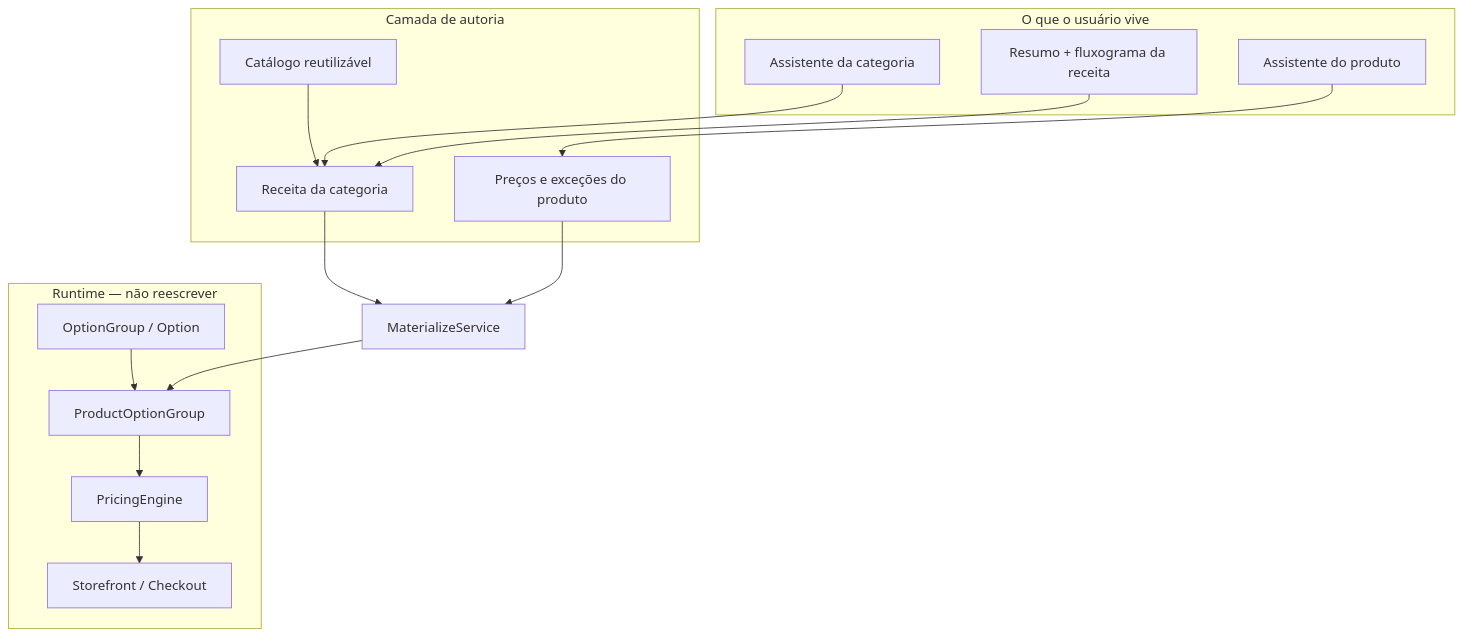
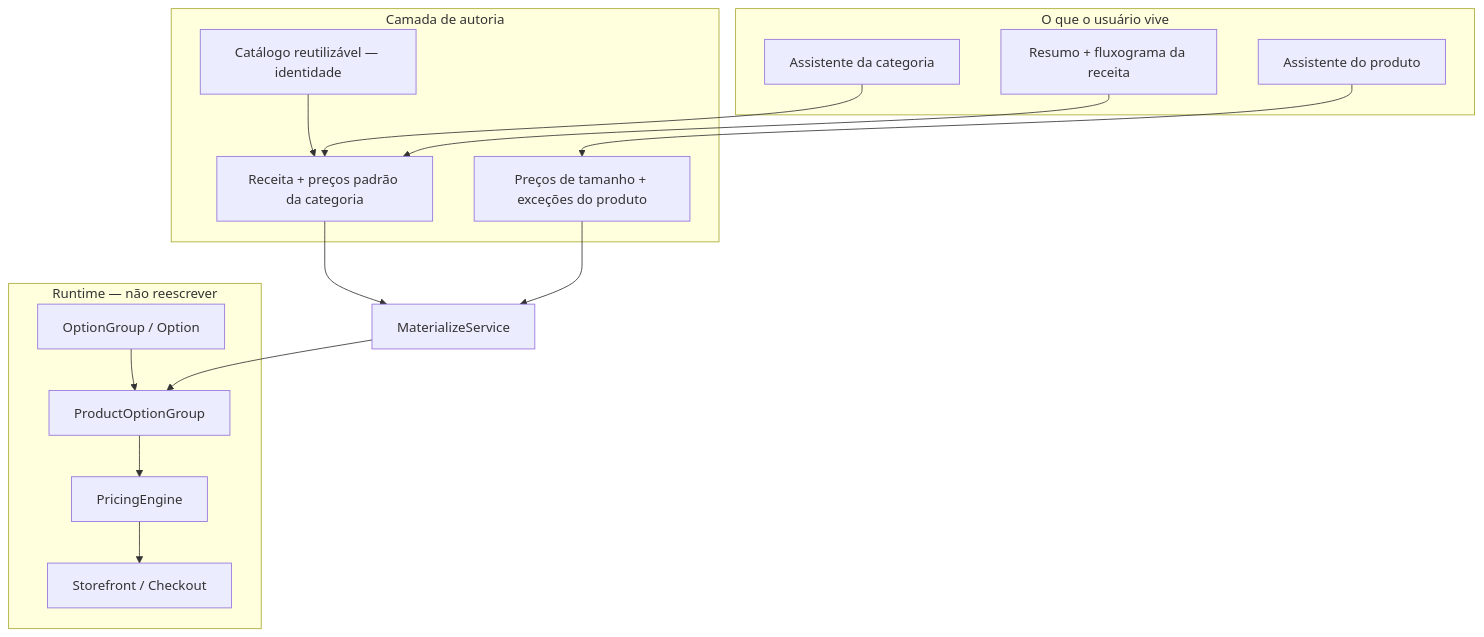
Before and after one commit to duillo06/vendas_frontend: the diagram in docs/17-modelo-categoria-produto.md, drawn with Mermaid. The commit also changed other lines of this file and 8 other files, not shown here.

First line of the commit message:
feat(catalog): Fase 5 — preços na categoria e herança no produto

````diff
--- a/docs/17-modelo-categoria-produto.md
+++ b/docs/17-modelo-categoria-produto.md
@@ -61,31 +133,31 @@
 ```mermaid
 flowchart TB
   subgraph UX["O que o usuário vive"]
     A1[Assistente da categoria]
     A2[Resumo + fluxograma da receita]
     A3[Assistente do produto]
   end
 
   subgraph AUTORIA["Camada de autoria"]
-    C[Catálogo reutilizável]
-    R[Receita da categoria]
-    P[Preços e exceções do produto]
+    C[Catálogo reutilizável — identidade]
+    R[Receita + preços padrão da categoria]
+    P[Preços de tamanho + exceções do produto]
   end
 
   subgraph RUNTIME["Runtime — não reescrever"]
     OG[OptionGroup / Option]
     POG[ProductOptionGroup]
     PE[PricingEngine]
     SF[Storefront / Checkout]
   end
 
   A1 --> R
   A2 --> R
   A3 --> P
   C --> R
   R --> M[MaterializeService]
   P --> M
   M --> POG
   OG --> POG
   POG --> PE --> SF
 ```
````
